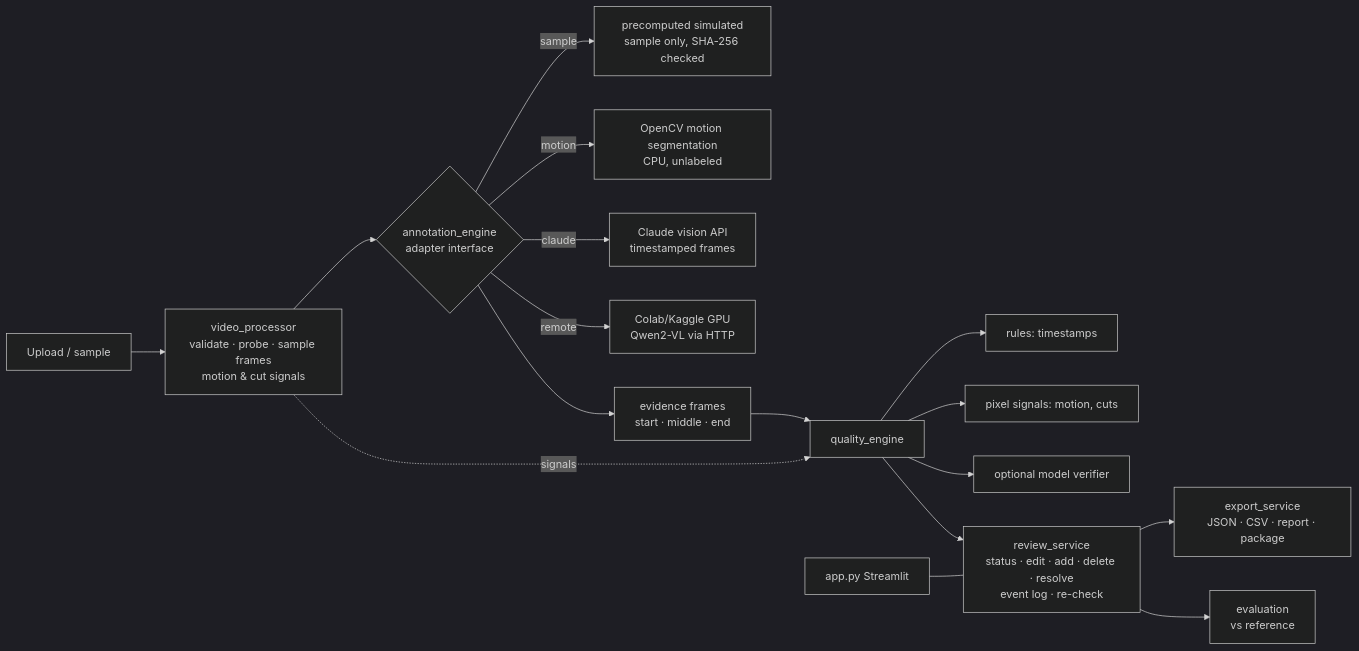
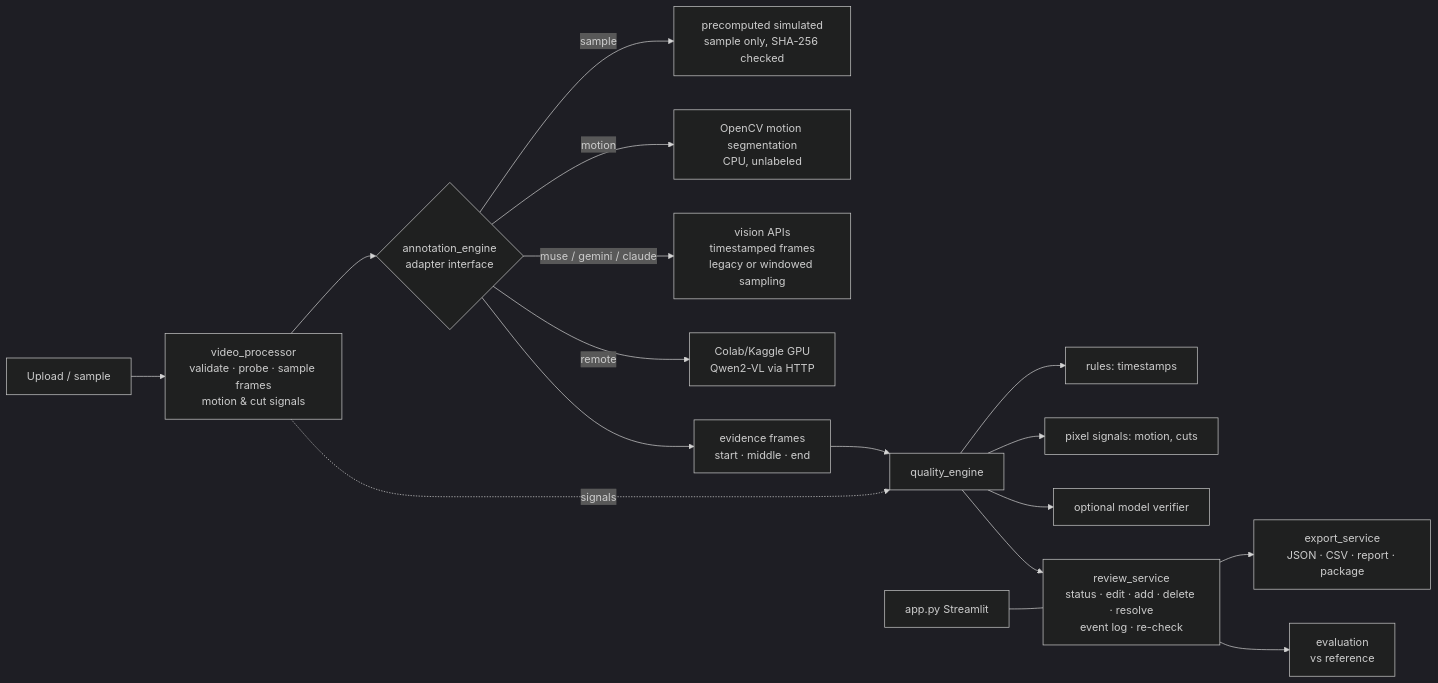
The diagram in docs/ARCHITECTURE.md (SumanjaliSegu/ActionLens), drawn with Mermaid (dark theme) before and after one commit. The commit also changed other lines of this file and 25 other files, not shown here.

````diff
--- a/docs/ARCHITECTURE.md
+++ b/docs/ARCHITECTURE.md
@@ -3,19 +3,19 @@
 ```mermaid
 flowchart LR
   U[Upload / sample] --> VP[video_processor<br/>validate · probe · sample frames<br/>motion & cut signals]
   VP --> AE{annotation_engine<br/>adapter interface}
   AE -->|sample| S[precomputed simulated<br/>sample only, SHA-256 checked]
   AE -->|motion| M[OpenCV motion segmentation<br/>CPU, unlabeled]
-  AE -->|claude| C[Claude vision API<br/>timestamped frames]
+  AE -->|muse / gemini / claude| C[vision APIs<br/>timestamped frames<br/>legacy or windowed sampling]
   AE -->|remote| R[Colab/Kaggle GPU<br/>Qwen2-VL via HTTP]
   AE --> EV[evidence frames<br/>start · middle · end]
   EV --> QC[quality_engine]
   VP -. signals .-> QC
   QC --> L1[rules: timestamps]
   QC --> L2[pixel signals: motion, cuts]
   QC --> L3[optional model verifier]
   QC --> RV[review_service<br/>status · edit · add · delete · resolve<br/>event log · re-check]
   RV --> EX[export_service<br/>JSON · CSV · report · package]
   RV --> EVAL[evaluation<br/>vs reference]
   APP[app.py Streamlit] --- RV
 ```
````
